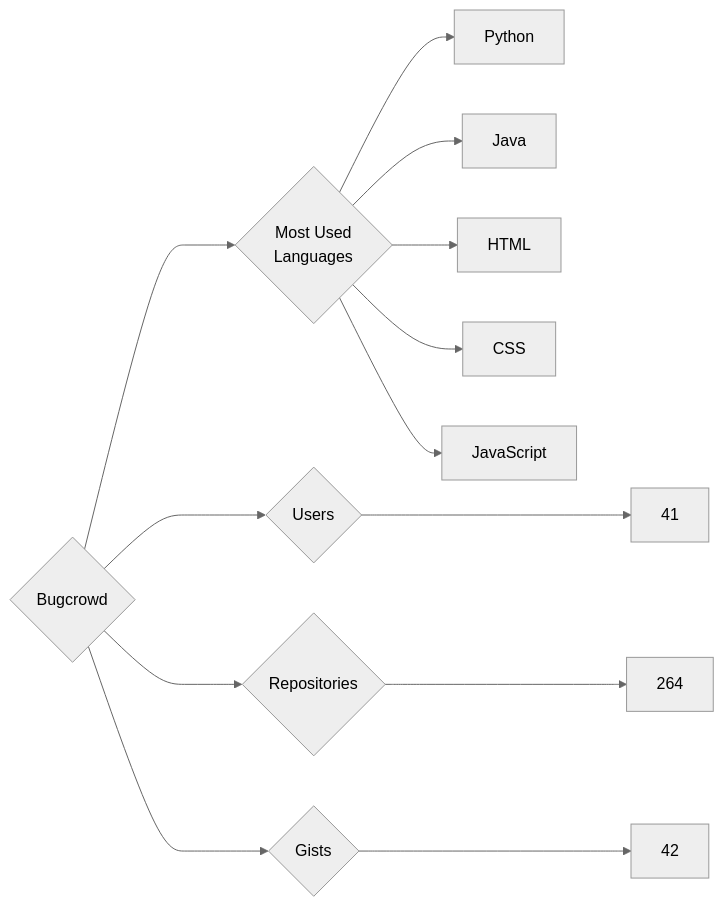
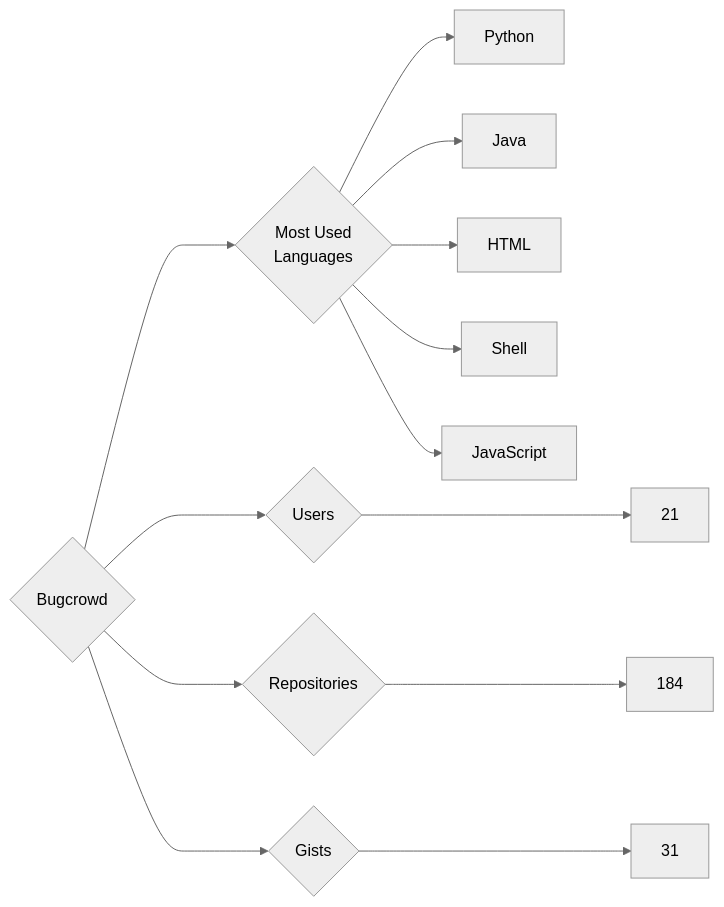
Before and after one commit to trickest/insiders: the diagram in targets/Bugcrowd/README.md, drawn with Mermaid (neutral theme). The commit also changed 932 other files, not shown here.

````diff
--- a/targets/Bugcrowd/README.md
+++ b/targets/Bugcrowd/README.md
@@ -3,13 +3,13 @@
 ```mermaid
 graph LR
 COMPANY_NAME{Bugcrowd}
-COMPANY_NAME ---> U{Users} ---> UN[41]
-COMPANY_NAME ---> R{Repositories} ---> RN[264]
-COMPANY_NAME ---> G{Gists} ---> GN[42]
+COMPANY_NAME ---> U{Users} ---> UN[21]
+COMPANY_NAME ---> R{Repositories} ---> RN[184]
+COMPANY_NAME ---> G{Gists} ---> GN[31]
 COMPANY_NAME ---> ML{Most Used<br>Languages}
 ML --> Python[Python]
 ML --> Java[Java]
 ML --> HTML[HTML]
-ML --> CSS[CSS]
+ML --> Shell[Shell]
 ML --> JavaScript[JavaScript]
 ```
````
